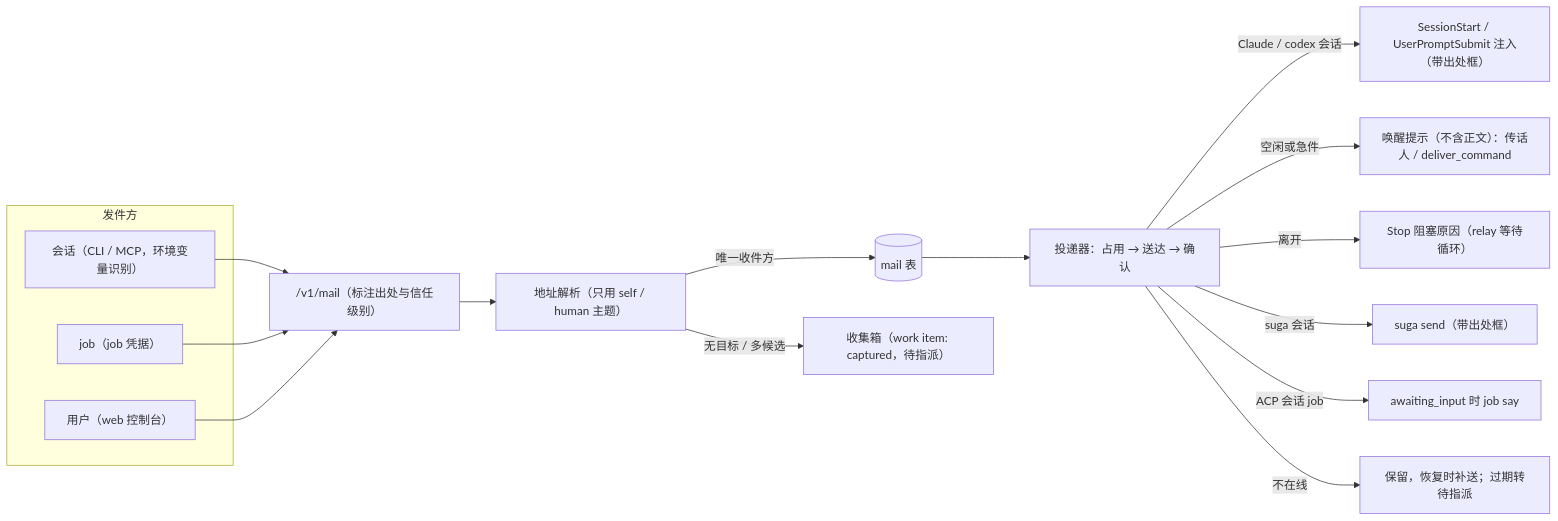
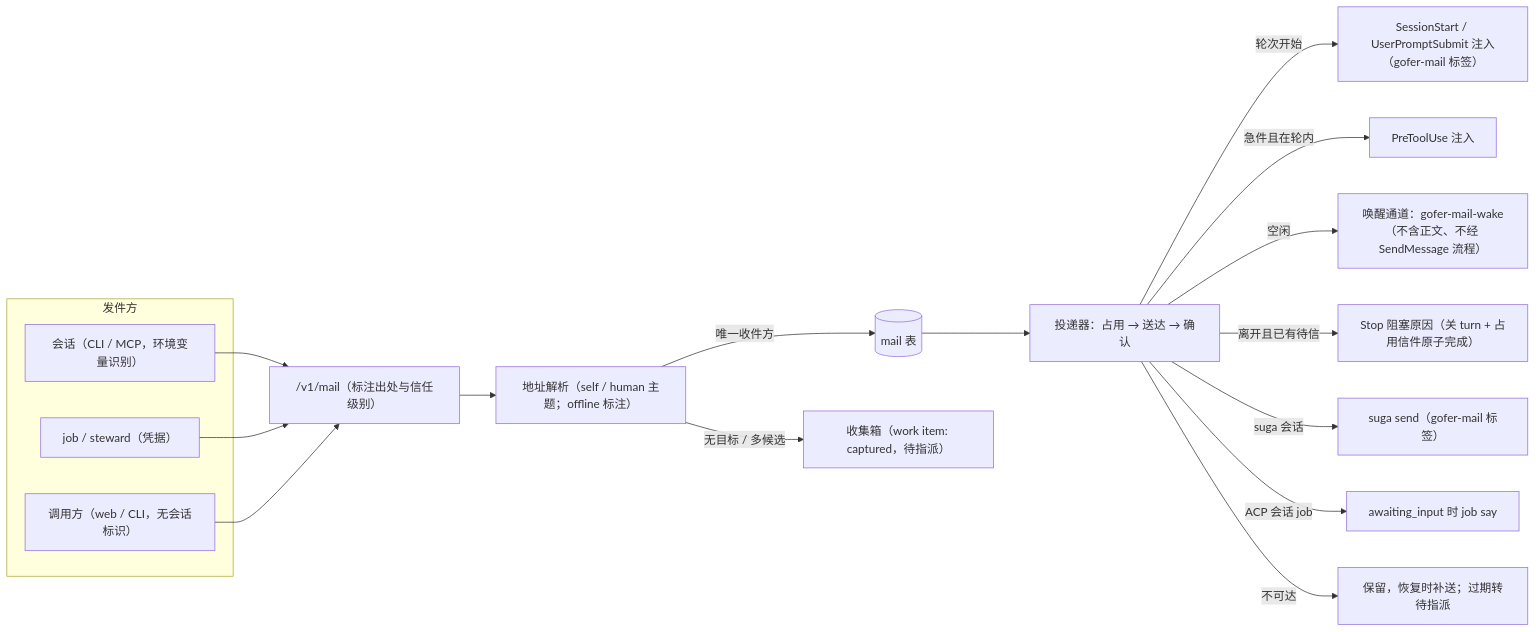
The first of 3 diagrams in docs/design/2026-10-16-session-topics-mailbox-and-inbox-design.md (inhere/gofer), drawn with Mermaid before and after one commit. The commit also changed other lines of this file, not shown here.

Commit message:
docs(design): session topics and mailbox Draft 0.3 after the second review

````diff
--- a/docs/design/2026-10-16-session-topics-mailbox-and-inbox-design.md
+++ b/docs/design/2026-10-16-session-topics-mailbox-and-inbox-design.md
@@ -170,19 +190,20 @@
 ```mermaid
 flowchart LR
   subgraph 发件方
     S1["会话（CLI / MCP，环境变量识别）"]
-    J1["job（job 凭据）"]
-    H["用户（web 控制台）"]
+    J1["job / steward（凭据）"]
+    C1["调用方（web / CLI，无会话标识）"]
   end
-  S1 & J1 & H --> API["/v1/mail（标注出处与信任级别）"]
-  API --> R["地址解析（只用 self / human 主题）"]
+  S1 & J1 & C1 --> API["/v1/mail（标注出处与信任级别）"]
+  API --> R["地址解析（self / human 主题；offline 标注）"]
   R -->|唯一收件方| Q[("mail 表")]
   R -->|无目标 / 多候选| CB["收集箱（work item: captured，待指派）"]
   Q --> P["投递器：占用 → 送达 → 确认"]
-  P -->|Claude / codex 会话| HK["SessionStart / UserPromptSubmit 注入（带出处框）"]
-  P -->|空闲或急件| WK["唤醒提示（不含正文）：传话人 / deliver_command"]
-  P -->|离开| ST["Stop 阻塞原因（relay 等待循环）"]
-  P -->|suga 会话| SG["suga send（带出处框）"]
+  P -->|轮次开始| HK["SessionStart / UserPromptSubmit 注入（gofer-mail 标签）"]
+  P -->|急件且在轮内| PT["PreToolUse 注入"]
+  P -->|空闲| WK["唤醒通道：gofer-mail-wake（不含正文、不经 SendMessage 流程）"]
+  P -->|离开且已有待信| ST["Stop 阻塞原因（关 turn + 占用信件原子完成）"]
+  P -->|suga 会话| SG["suga send（gofer-mail 标签）"]
   P -->|ACP 会话 job| JS["awaiting_input 时 job say"]
-  P -->|不在线| W["保留，恢复时补送；过期转待指派"]
+  P -->|不可达| W["保留，恢复时补送；过期转待指派"]
 ```
````
